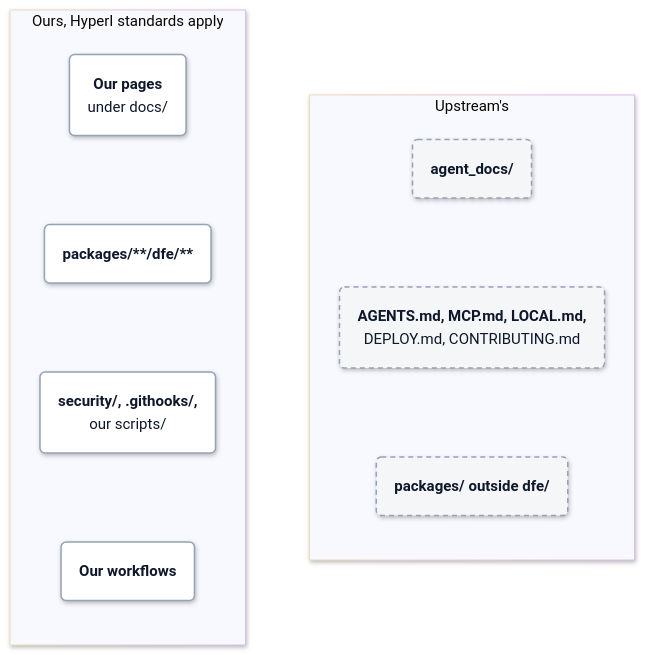
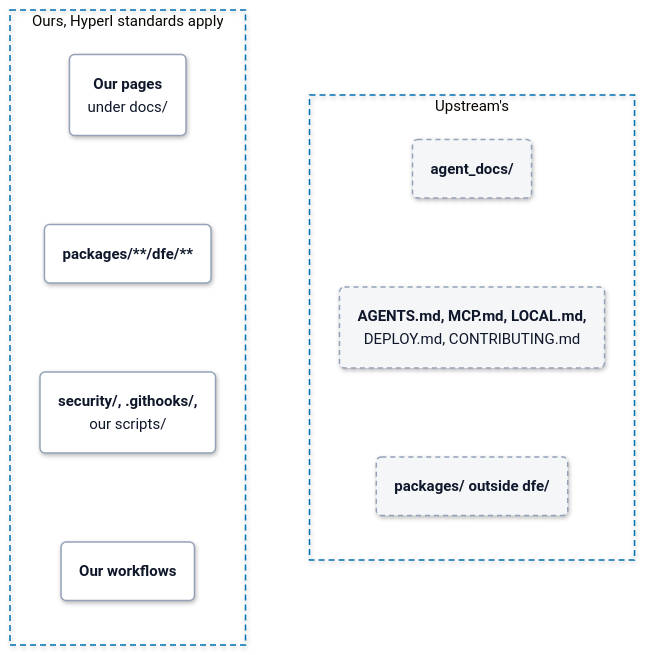
The diagram in docs/README.md (hyperi-io/dfe-hyperdx), drawn with Mermaid before and after one commit. The commit also changed other lines of this file and 15 other files, not shown here.

First line of the commit message:
docs(architecture): add the architecture page and fit every flowchart (#234)

````diff
--- a/docs/README.md
+++ b/docs/README.md
@@ -19,79 +19,81 @@
 ```mermaid
 ---
 config:
   theme: base
   look: neo
   fontFamily: Inter, -apple-system, Segoe UI, Roboto, Helvetica, Arial, sans-serif
   flowchart:
     curve: linear
     nodeSpacing: 40
     rankSpacing: 64
     padding: 18
     wrappingWidth: 280
     htmlLabels: true
   elk:
     preset: modelOrder
   themeVariables:
     fontSize: 15px
     lineColor: "#64748B"
     primaryTextColor: "#0F172A"
     clusterBorder: "#0072B2"
     edgeLabelBackground: "#FFFFFF"
   themeCSS: >-
     p{margin:0}
     .node[data-look] rect,.node[data-look] path,.node[data-look] polygon,.node[data-look] .outer-path{filter:drop-shadow(0 1px 2px rgba(15,23,42,.10)) drop-shadow(0 6px 14px rgba(15,23,42,.10))}
     .node rect{rx:10px;ry:10px}
     .cluster rect{rx:16px;ry:16px}
     .node .label div{min-width:150px}
     .node.decision .label div{min-width:0}
     .cluster[data-look] rect{filter:none}
     .nodeLabel{line-height:1.35}
     .nodeLabel b{font-weight:600;font-size:15px;letter-spacing:-0.01em}
     .nodeLabel span{font-size:12.5px;font-weight:400;color:#334155}
     .cluster-label span.nodeLabel{display:inline-block;background:#FFFFFF;color:#0B2A3F;border:1.5px solid #0072B2;border-radius:999px;padding:2px 12px;font-size:11.5px;font-weight:700;letter-spacing:.09em;text-transform:uppercase}
     .flowchart-link{stroke-width:1.75px}
     .labelBkg{background:transparent!important}
     span.edgeLabel{display:inline-block;background:#FFFFFF!important;color:#1E293B;border:1px solid #94A3B8;border-radius:999px;padding:2px 10px;font-size:12px;font-weight:500}
     span.edgeLabel p{background:transparent!important}
     .label-icon{width:20px;height:20px;vertical-align:-4px;margin-right:6px}
     .ingest .label-icon{color:#0E8A7D}
     .xform .label-icon{color:#7B4FB0}
     .load .label-icon{color:#0072B2}
     .bus .label-icon{color:#A8517F}
     .store .label-icon{color:#00785A}
     .ui .label-icon{color:#D9480F}
     .ext .label-icon{color:#64748B}
 ---
 flowchart LR
   accTitle: L4 Detail -- Ours and upstream's files
   accDescr: Ours are our pages under docs, every dfe directory under packages, the security and githooks directories, our scripts and the workflows we added. Upstream's are agent_docs, the root agent and contributor docs, and everything under packages outside a dfe directory. Ownership is per file, and .fork-surface lists the upstream files we edit.
   subgraph ours["Ours, HyperI standards apply"]
     direction TB
     d("<b>Our pages</b><br/><span>under docs/</span>")
     dfe("<b>packages/**/dfe/**</b>")
     tools("<b>security/, .githooks/,</b><br/><span>our scripts/</span>")
     wf("<b>Our workflows</b>")
     d ~~~ dfe ~~~ tools ~~~ wf
   end
   subgraph theirs["Upstream's"]
     direction TB
     ad("<b>agent_docs/</b>")
     rootmd("<b>AGENTS.md, MCP.md, LOCAL.md,</b><br/><span>DEPLOY.md, CONTRIBUTING.md</span>")
     code("<b>packages/ outside dfe/</b>")
     ad ~~~ rootmd ~~~ code
   end
   ours ~~~ theirs
+  class d,dfe,tools,wf part
+  class ad,rootmd,code ext
   classDef ext fill:#F4F6F8,stroke:#94A3B8,stroke-width:1.5px,stroke-dasharray:5 4,color:#0F172A
   classDef ingest fill:#FFFFFF,stroke:#0E8A7D,stroke-width:3px,color:#0F172A
   classDef xform fill:#FFFFFF,stroke:#7B4FB0,stroke-width:3px,color:#0F172A
   classDef load fill:#FFFFFF,stroke:#0072B2,stroke-width:3px,color:#0F172A
   classDef bus fill:#FFFFFF,stroke:#A8517F,stroke-width:3px,color:#0F172A
   classDef store fill:#FFFFFF,stroke:#00785A,stroke-width:3px,color:#0F172A
   classDef ui fill:#FFFFFF,stroke:#D9480F,stroke-width:3px,color:#0F172A
   classDef decision fill:#FFFFFF,stroke:#9A6700,stroke-width:3px,color:#0F172A
   classDef error fill:#FFFFFF,stroke:#C2410C,stroke-width:3px,color:#0F172A
   classDef control fill:#FFFFFF,stroke:#334155,stroke-width:3px,color:#0F172A
   classDef part fill:#FFFFFF,stroke:#94A3B8,stroke-width:1.5px,color:#0F172A
-  class d,dfe,tools,wf part
-  class ad,rootmd,code ext
+  style ours fill:none,stroke:#0072B2,stroke-width:1.5px,stroke-dasharray:6 4
+  style theirs fill:none,stroke:#0072B2,stroke-width:1.5px,stroke-dasharray:6 4
 ```
````
